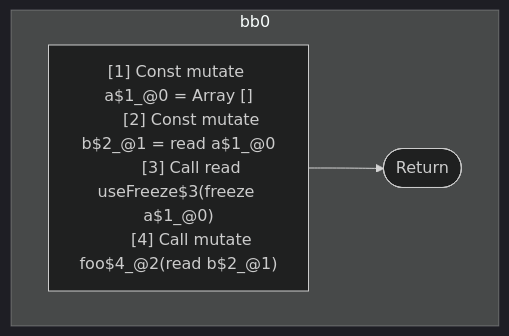
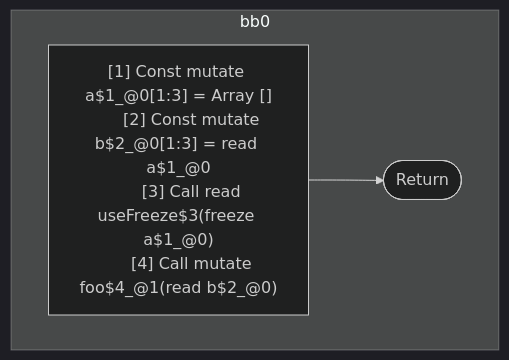
The first of 3 diagrams in compiler/forget/src/__tests__/fixtures/hir/frozen-after-alias.expect.md (wutsmog/private), drawn with Mermaid (dark theme) before and after one commit. The commit also changed other lines of this file and 45 other files, not shown here.

````diff
--- a/compiler/forget/src/__tests__/fixtures/hir/frozen-after-alias.expect.md
+++ b/compiler/forget/src/__tests__/fixtures/hir/frozen-after-alias.expect.md
@@ -30,16 +30,16 @@
 ```mermaid
 flowchart TB
   %% Basic Blocks
   subgraph bb0
     bb0_instrs["
-      [1] Const mutate a$1_@0 = Array []
-      [2] Const mutate b$2_@1 = read a$1_@0
+      [1] Const mutate a$1_@0[1:3] = Array []
+      [2] Const mutate b$2_@0[1:3] = read a$1_@0
       [3] Call read useFreeze$3(freeze a$1_@0)
-      [4] Call mutate foo$4_@2(read b$2_@1)
+      [4] Call mutate foo$4_@1(read b$2_@0)
     "]
     bb0_instrs --> bb0_terminal(["Return"])
   end
 
   %% Jumps
   %% empty
 ```
````
